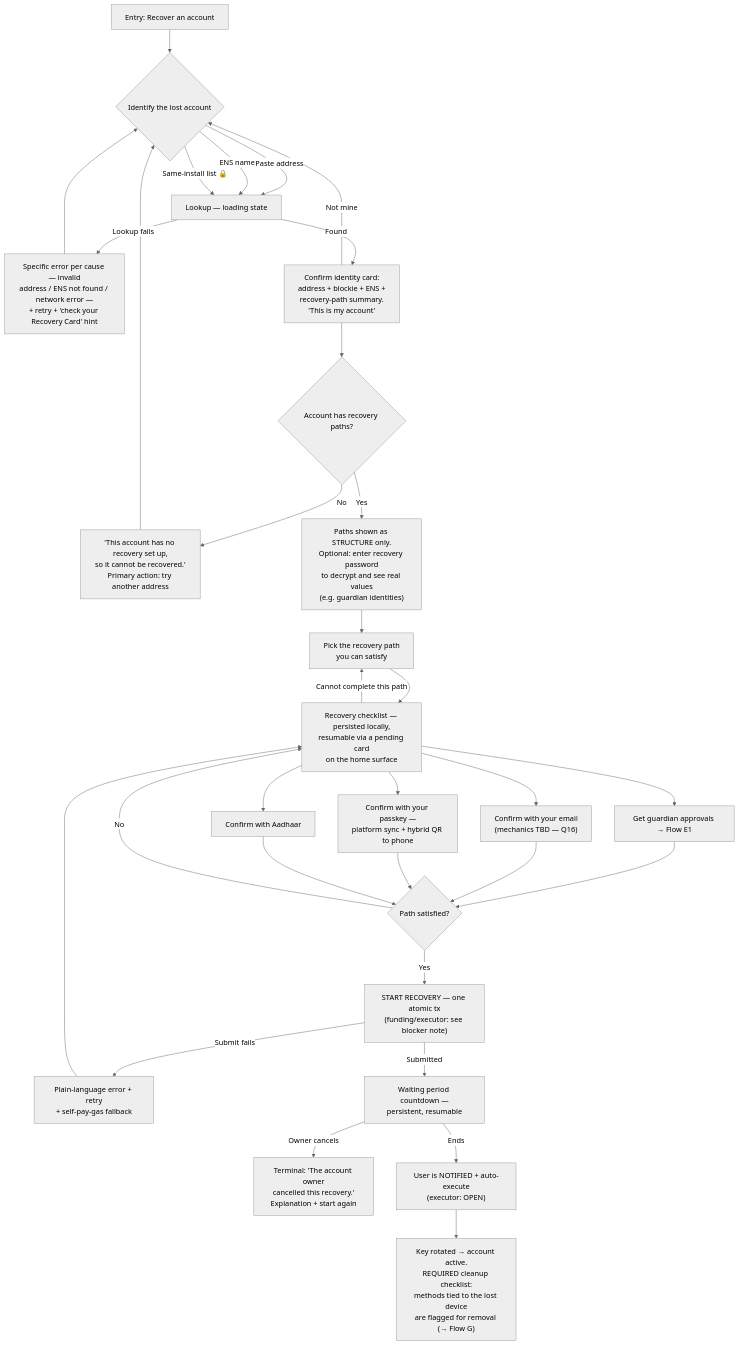
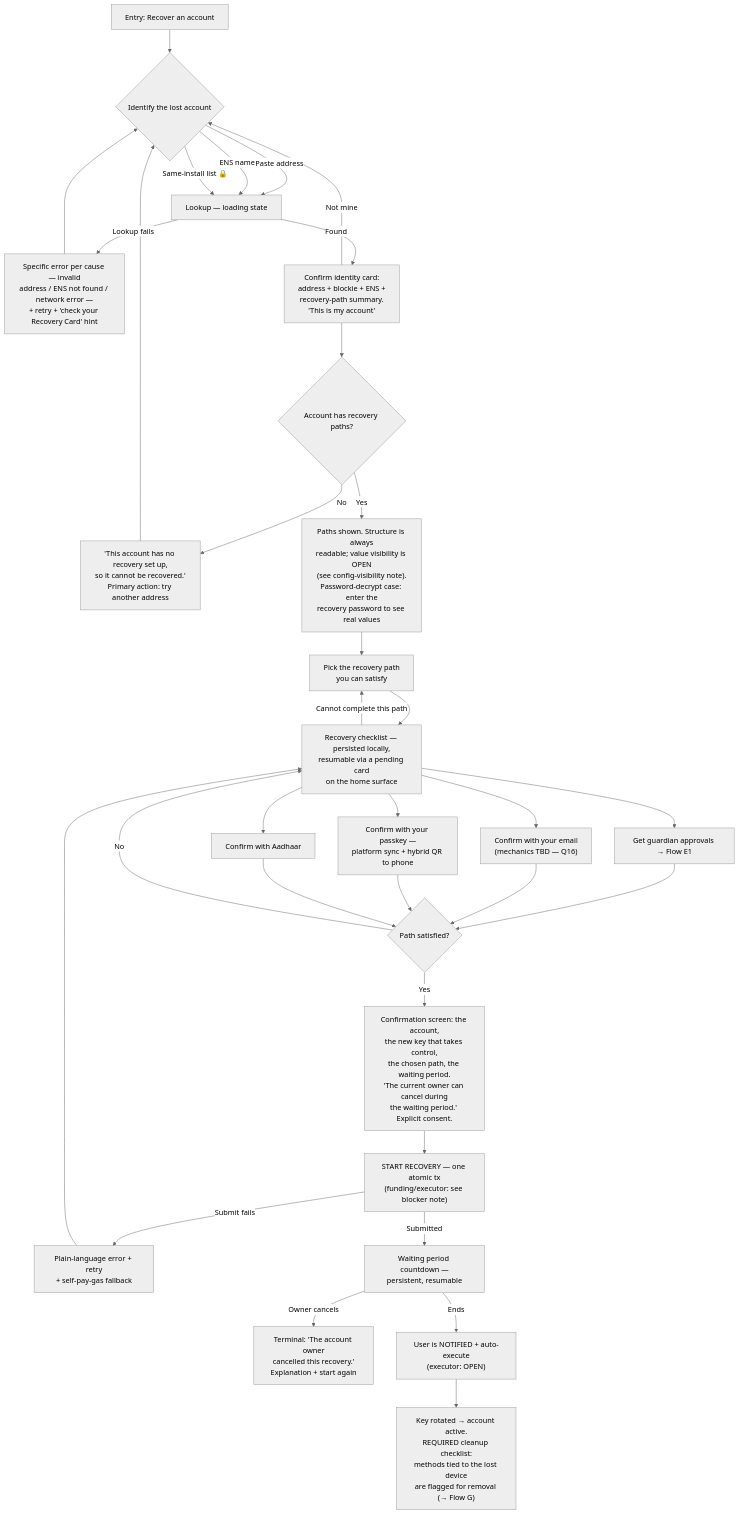
Before and after one commit to FiboAtWonder/kohaku-extension: the fifth of 10 diagrams in social-recovery-ux-flows.md, drawn with Mermaid (neutral theme). The commit also changed other lines of this file and 1 other file, not shown here.

````diff
--- a/social-recovery-ux-flows.md
+++ b/social-recovery-ux-flows.md
@@ -226,37 +235,38 @@
 ```mermaid
 flowchart TD
     A[Entry: Recover an account] --> B{"Identify the lost account"}
     B -->|Paste address| C["Lookup — loading state"]
     B -->|ENS name| C
     B -->|Same-install list 🔒| C
     C -->|Lookup fails| C1["Specific error per cause — invalid<br/>address / ENS not found / network error —<br/>+ retry + 'check your Recovery Card' hint"]
     C1 --> B
     C -->|Found| CC["Confirm identity card:<br/>address + blockie + ENS +<br/>recovery-path summary.<br/>'This is my account'"]
     CC -->|Not mine| B
     CC --> E{"Account has recovery paths?"}
     E -- No --> X["'This account has no recovery set up,<br/>so it cannot be recovered.'<br/>Primary action: try another address"]
     X --> B
-    E -- Yes --> V["Paths shown as STRUCTURE only.<br/>Optional: enter recovery password<br/>to decrypt and see real values<br/>(e.g. guardian identities)"]
+    E -- Yes --> V["Paths shown. Structure is always<br/>readable; value visibility is OPEN<br/>(see config-visibility note).<br/>Password-decrypt case: enter the<br/>recovery password to see real values"]
     V --> F["Pick the recovery path<br/>you can satisfy"]
     F --> G["Recovery checklist — persisted locally,<br/>resumable via a pending card<br/>on the home surface"]
     G --> G1[Get guardian approvals → Flow E1]
     G --> G2["Confirm with your email<br/>(mechanics TBD — Q16)"]
     G --> G3["Confirm with your passkey —<br/>platform sync + hybrid QR to phone"]
     G --> G4[Confirm with Aadhaar]
     G -->|Cannot complete this path| F
     G1 --> H{"Path satisfied?"}
     G2 --> H
     G3 --> H
     G4 --> H
     H -- No --> G
-    H -- Yes --> I["START RECOVERY — one atomic tx<br/>(funding/executor: see blocker note)"]
+    H -- Yes --> CF["Confirmation screen: the account,<br/>the new key that takes control,<br/>the chosen path, the waiting period.<br/>'The current owner can cancel during<br/>the waiting period.' Explicit consent."]
+    CF --> I["START RECOVERY — one atomic tx<br/>(funding/executor: see blocker note)"]
     I -->|Submit fails| I2["Plain-language error + retry<br/>+ self-pay-gas fallback"]
     I2 --> G
     I -->|Submitted| J["Waiting period countdown —<br/>persistent, resumable"]
     J -->|Owner cancels| XC["Terminal: 'The account owner<br/>cancelled this recovery.'<br/>Explanation + start again"]
     J -->|Ends| K["User is NOTIFIED + auto-execute<br/>(executor: OPEN)"]
     K --> L["Key rotated → account active.<br/>REQUIRED cleanup checklist:<br/>methods tied to the lost device<br/>are flagged for removal (→ Flow G)"]
 
     click G1 href "#flow-e1--sync-off-chain-signature-passing--default"
     click L href "#flow-g--recovery-paths--method-management"
 ```
````
